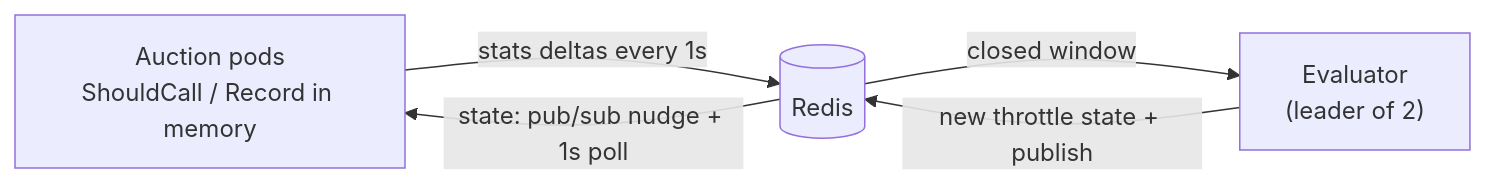
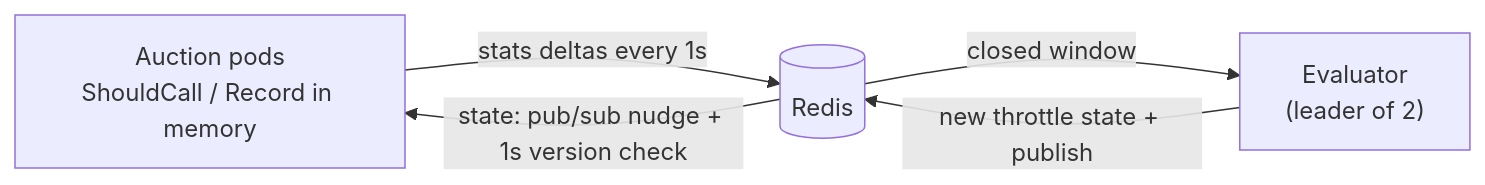
The diagram in README.md (AmitShmuelevitz/Rise-BuyerThrottlingService), drawn with Mermaid before and after one commit. The commit also changed other lines of this file and 10 other files, not shown here.

````diff
--- a/README.md
+++ b/README.md
@@ -15,7 +15,7 @@
 ```mermaid
 flowchart LR
     pods["Auction pods<br/>ShouldCall / Record in memory"] -- "stats deltas every 1s" --> redis[("Redis")]
     redis -- "closed window" --> eval["Evaluator<br/>(leader of 2)"]
     eval -- "new throttle state + publish" --> redis
-    redis -- "state: pub/sub nudge + 1s poll" --> pods
+    redis -- "state: pub/sub nudge + 1s version check" --> pods
 ```
````
